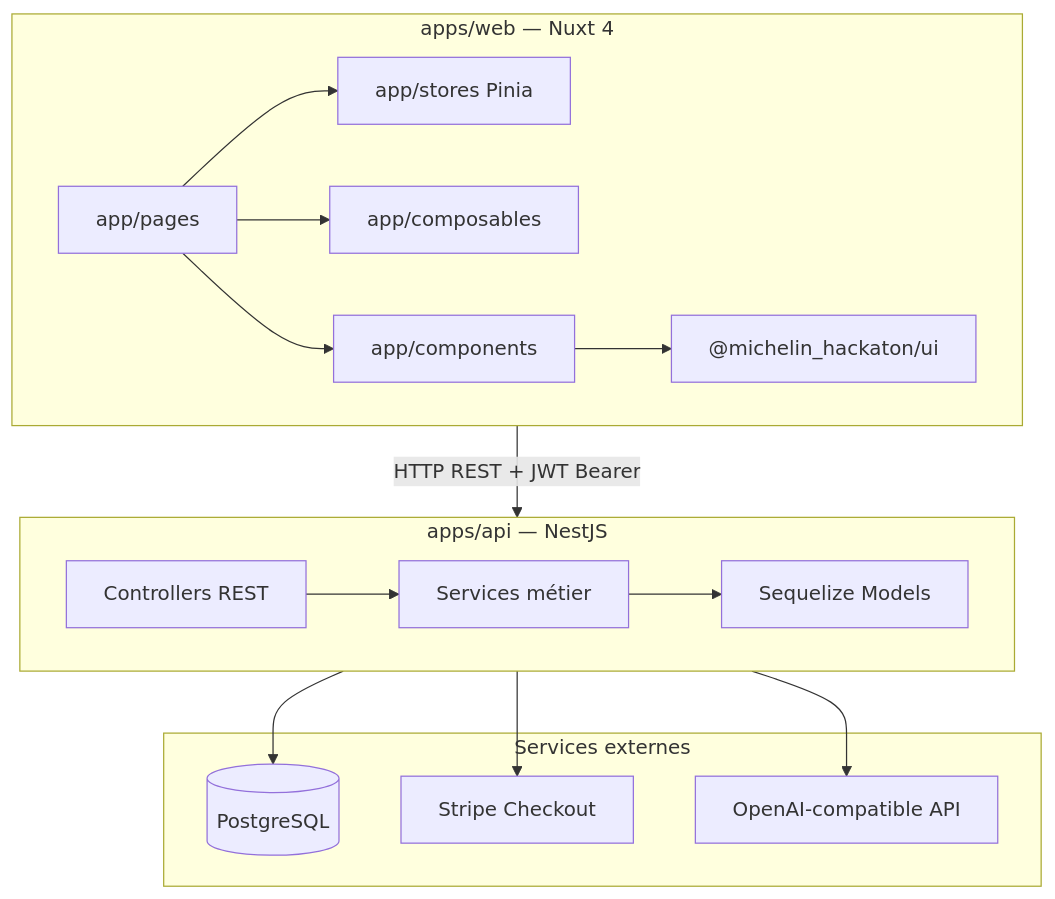
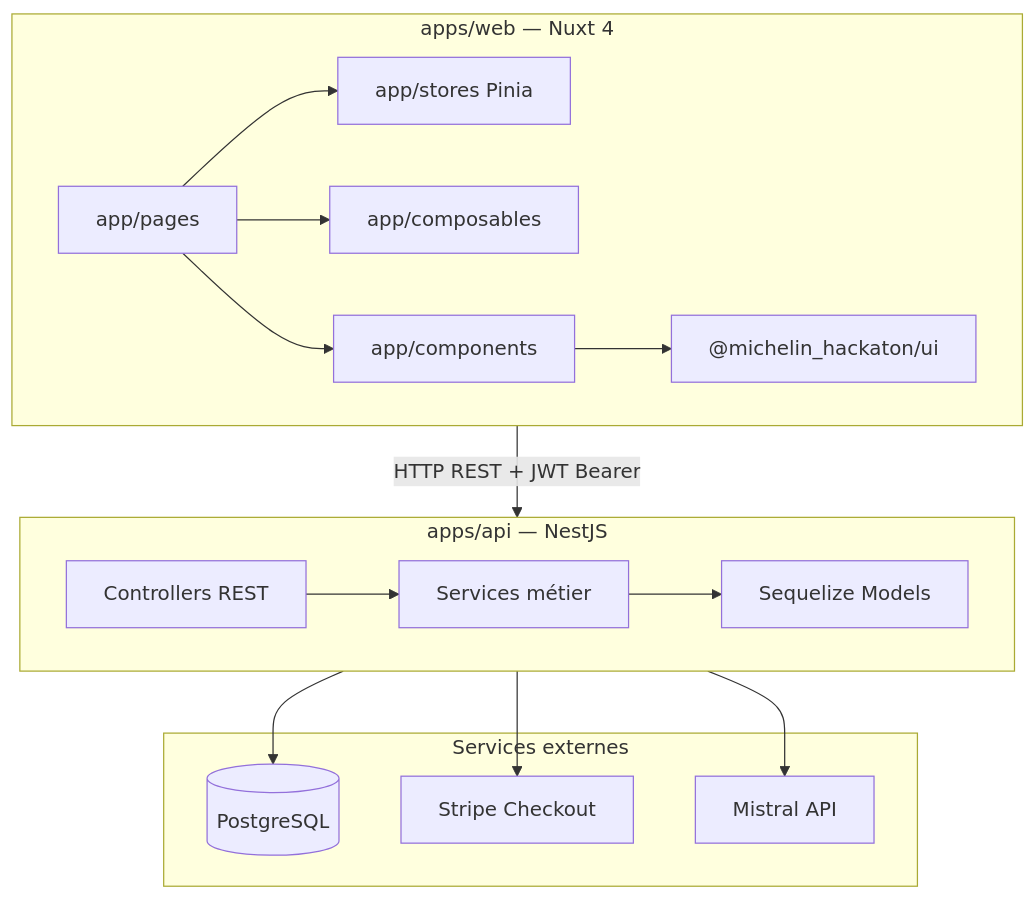
The first of 3 diagrams in plan.md (Sioood/michelin_hackathon), drawn with Mermaid before and after one commit. The commit also changed other lines of this file and 24 other files, not shown here.

````diff
--- a/plan.md
+++ b/plan.md
@@ -51,32 +51,32 @@
 ```mermaid
 flowchart TB
   subgraph web ["apps/web — Nuxt 4"]
     Pages[app/pages]
     Stores[app/stores Pinia]
     Composables[app/composables]
     Components[app/components]
     UILayer["@michelin_hackaton/ui"]
     Pages --> Stores
     Pages --> Composables
     Pages --> Components
     Components --> UILayer
   end
 
   subgraph api ["apps/api — NestJS"]
     Controllers[Controllers REST]
     Services[Services métier]
     Models[Sequelize Models]
     Controllers --> Services --> Models
   end
 
   subgraph external [Services externes]
     PG[(PostgreSQL)]
     Stripe[Stripe Checkout]
-    LLM[OpenAI-compatible API]
+    LLM[Mistral API]
   end
 
   web -->|"HTTP REST + JWT Bearer"| api
   api --> PG
   api --> Stripe
   api --> LLM
 ```
````
